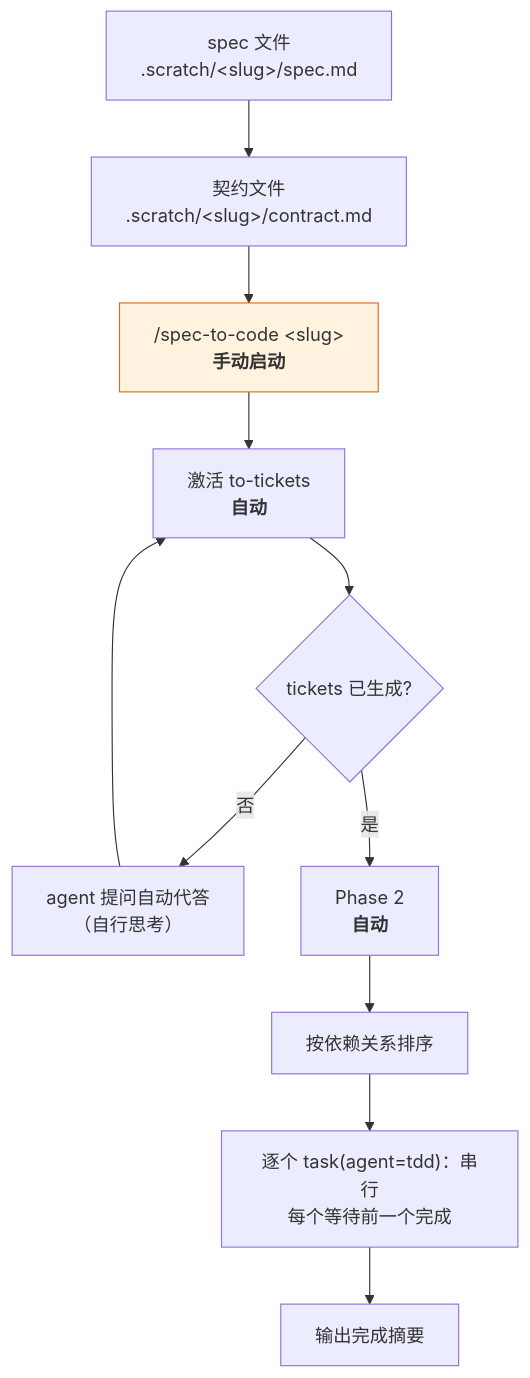
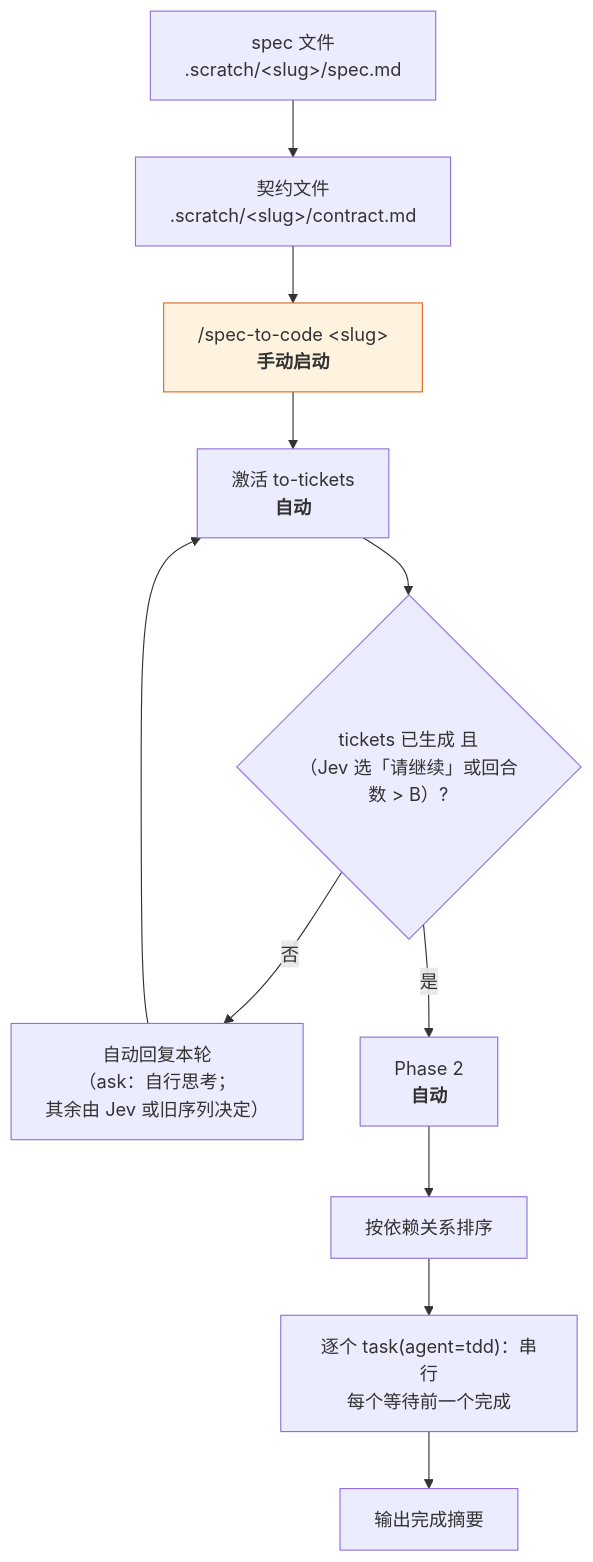
One commit to hugosol/oh-my-wayfinder changed the second of 2 diagrams in README.cn.md. Above: the diagram before and after it, drawn with Mermaid. The commit also changed other lines of this file and 2 other files, not shown here.

Commit message:
jev auto reply

````diff
--- a/README.cn.md
+++ b/README.cn.md
@@ -101,14 +109,14 @@
 ```mermaid
 flowchart TD
     P["spec 文件<br/>.scratch/&lt;slug&gt;/spec.md"] --> CT["契约文件<br/>.scratch/&lt;slug&gt;/contract.md"]
     CT --> C["/spec-to-code &lt;slug&gt;<br/><b>手动启动</b>"]
     C --> A["激活 to-tickets<br/><b>自动</b>"]
-    A --> Q{"tickets 已生成?"}
-    Q -->|"否"| QA["agent 提问自动代答<br/>（自行思考）"] --> A
+    A --> Q{"tickets 已生成 且<br/>（Jev 选「请继续」或回合数 &gt; B）?"}
+    Q -->|"否"| QA["自动回复本轮<br/>（ask：自行思考；<br/>其余由 Jev 或旧序列决定）"] --> A
     Q -->|"是"| P2["Phase 2<br/><b>自动</b>"]
     P2 --> ORD["按依赖关系排序"]
     ORD --> TD["逐个 task(agent=tdd)：串行<br/>每个等待前一个完成"]
     TD --> DONE["输出完成摘要"]
 
     style C fill:#fff3e0,stroke:#dd6b20
 ```
````
